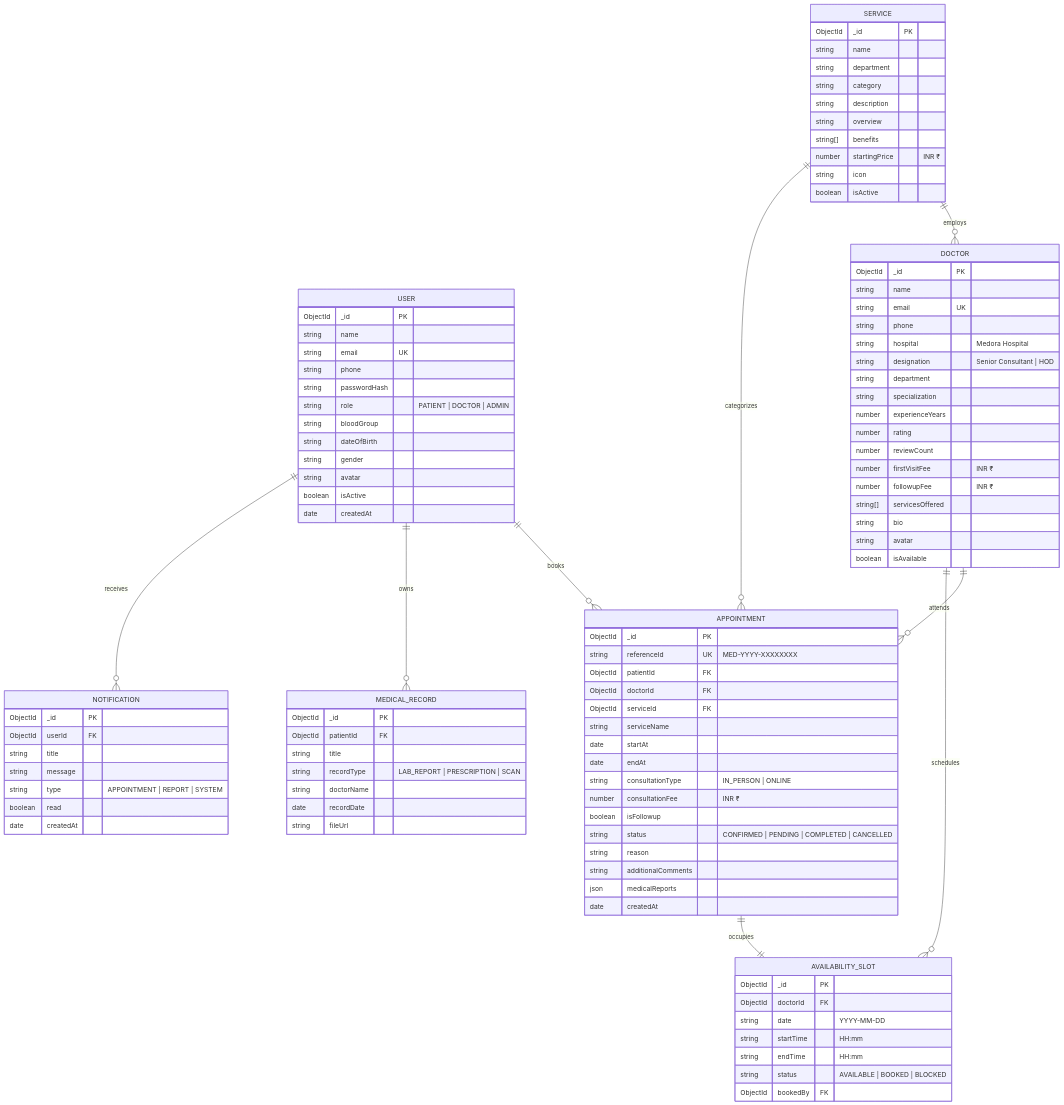
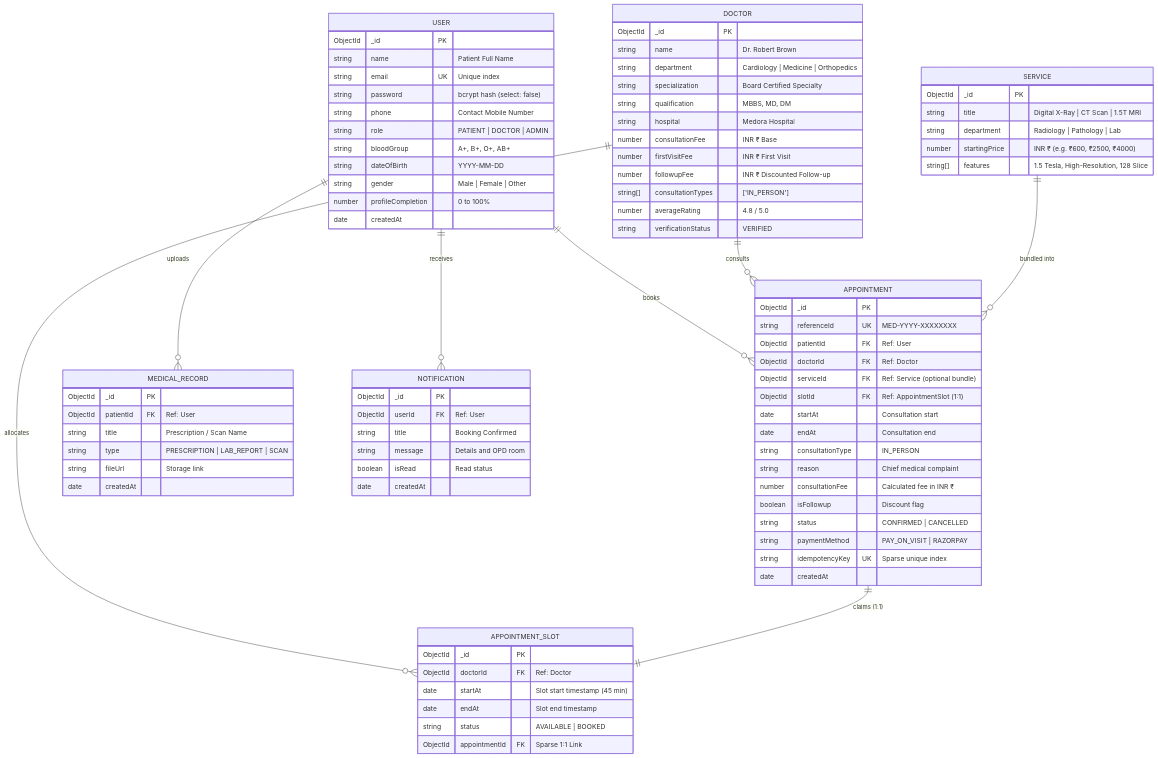
The sixth of 6 diagrams in README.md (rahika15046-maker/Doctor-Appointment), drawn with Mermaid before and after one commit. The commit also changed other lines of this file, not shown here.

Commit message:
docs: revamp README with high-impact visuals, diagrams, and deployment architecture

````diff
--- a/README.md
+++ b/README.md
@@ -228,108 +324,93 @@
 ```mermaid
 erDiagram
-    USER ||--o{ APPOINTMENT : books
-    USER ||--o{ MEDICAL_RECORD : owns
-    USER ||--o{ NOTIFICATION : receives
-    DOCTOR ||--o{ APPOINTMENT : attends
-    DOCTOR ||--o{ AVAILABILITY_SLOT : schedules
-    SERVICE ||--o{ DOCTOR : employs
-    SERVICE ||--o{ APPOINTMENT : categorizes
-    APPOINTMENT ||--|| AVAILABILITY_SLOT : occupies
+    USER ||--o{ APPOINTMENT : "books"
+    USER ||--o{ MEDICAL_RECORD : "uploads"
+    USER ||--o{ NOTIFICATION : "receives"
+    DOCTOR ||--o{ APPOINTMENT : "consults"
+    DOCTOR ||--o{ APPOINTMENT_SLOT : "allocates"
+    SERVICE ||--o{ APPOINTMENT : "bundled into"
+    APPOINTMENT ||--|| APPOINTMENT_SLOT : "claims (1:1)"
 
     USER {
         ObjectId _id PK
-        string name
-        string email UK
-        string phone
-        string passwordHash
+        string name "Patient Full Name"
+        string email UK "Unique index"
+        string password "bcrypt hash (select: false)"
+        string phone "Contact Mobile Number"
         string role "PATIENT | DOCTOR | ADMIN"
-        string bloodGroup
-        string dateOfBirth
-        string gender
-        string avatar
-        boolean isActive
+        string bloodGroup "A+, B+, O+, AB+"
+        string dateOfBirth "YYYY-MM-DD"
+        string gender "Male | Female | Other"
+        number profileCompletion "0 to 100%"
         date createdAt
     }
 
     DOCTOR {
         ObjectId _id PK
-        string name
-        string email UK
-        string phone
+        string name "Dr. Robert Brown"
+        string department "Cardiology | Medicine | Orthopedics"
+        string specialization "Board Certified Specialty"
+        string qualification "MBBS, MD, DM"
         string hospital "Medora Hospital"
-        string designation "Senior Consultant | HOD"
-        string department
-        string specialization
-        number experienceYears
-        number rating
-        number reviewCount
-        number firstVisitFee "INR ₹"
-        number followupFee "INR ₹"
-        string[] servicesOffered
-        string bio
-        string avatar
-        boolean isAvailable
+        number consultationFee "INR ₹ Base"
+        number firstVisitFee "INR ₹ First Visit"
+        number followupFee "INR ₹ Discounted Follow-up"
+        string[] consultationTypes "['IN_PERSON']"
+        number averageRating "4.8 / 5.0"
+        string verificationStatus "VERIFIED"
+    }
+
+    APPOINTMENT_SLOT {
+        ObjectId _id PK
+        ObjectId doctorId FK "Ref: Doctor"
+        date startAt "Slot start timestamp (45 min)"
+        date endAt "Slot end timestamp"
+        string status "AVAILABLE | BOOKED"
+        ObjectId appointmentId FK "Sparse 1:1 Link"
     }
 
     SERVICE {
         ObjectId _id PK
-        string name
-        string department
-        string category
-        string description
-        string overview
-        string[] benefits
-        number startingPrice "INR ₹"
-        string icon
-        boolean isActive
-    }
-
-    AVAILABILITY_SLOT {
-        ObjectId _id PK
-        ObjectId doctorId FK
-        string date "YYYY-MM-DD"
-        string startTime "HH:mm"
-        string endTime "HH:mm"
-        string status "AVAILABLE | BOOKED | BLOCKED"
-        ObjectId bookedBy FK
+        string title "Digital X-Ray | CT Scan | 1.5T MRI"
+        string department "Radiology | Pathology | Lab"
+        number startingPrice "INR ₹ (e.g. ₹600, ₹2500, ₹4000)"
+        string[] features "1.5 Tesla, High-Resolution, 128 Slice"
     }
 
     APPOINTMENT {
         ObjectId _id PK
         string referenceId UK "MED-YYYY-XXXXXXXX"
-        ObjectId patientId FK
-        ObjectId doctorId FK
-        ObjectId serviceId FK
-        string serviceName
-        date startAt
-        date endAt
-        string consultationType "IN_PERSON | ONLINE"
-        number consultationFee "INR ₹"
-        boolean isFollowup
-        string status "CONFIRMED | PENDING | COMPLETED | CANCELLED"
-        string reason
-        string additionalComments
-        json medicalReports
+        ObjectId patientId FK "Ref: User"
+        ObjectId doctorId FK "Ref: Doctor"
+        ObjectId serviceId FK "Ref: Service (optional bundle)"
+        ObjectId slotId FK "Ref: AppointmentSlot (1:1)"
+        date startAt "Consultation start"
+        date endAt "Consultation end"
+        string consultationType "IN_PERSON"
+        string reason "Chief medical complaint"
+        number consultationFee "Calculated fee in INR ₹"
+        boolean isFollowup "Discount flag"
+        string status "CONFIRMED | CANCELLED"
+        string paymentMethod "PAY_ON_VISIT | RAZORPAY"
+        string idempotencyKey UK "Sparse unique index"
         date createdAt
     }
 
     MEDICAL_RECORD {
         ObjectId _id PK
-        ObjectId patientId FK
-        string title
-        string recordType "LAB_REPORT | PRESCRIPTION | SCAN"
-        string doctorName
-        date recordDate
-        string fileUrl
+        ObjectId patientId FK "Ref: User"
+        string title "Prescription / Scan Name"
+        string type "PRESCRIPTION | LAB_REPORT | SCAN"
+        string fileUrl "Storage link"
+        date createdAt
     }
 
     NOTIFICATION {
         ObjectId _id PK
-        ObjectId userId FK
-        string title
-        string message
-        string type "APPOINTMENT | REPORT | SYSTEM"
-        boolean read
+        ObjectId userId FK "Ref: User"
+        string title "Booking Confirmed"
+        string message "Details and OPD room"
+        boolean isRead "Read status"
         date createdAt
     }
 ```
````
